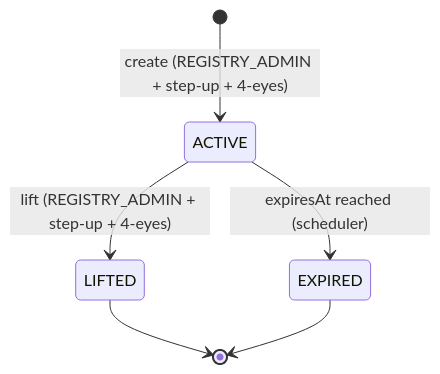
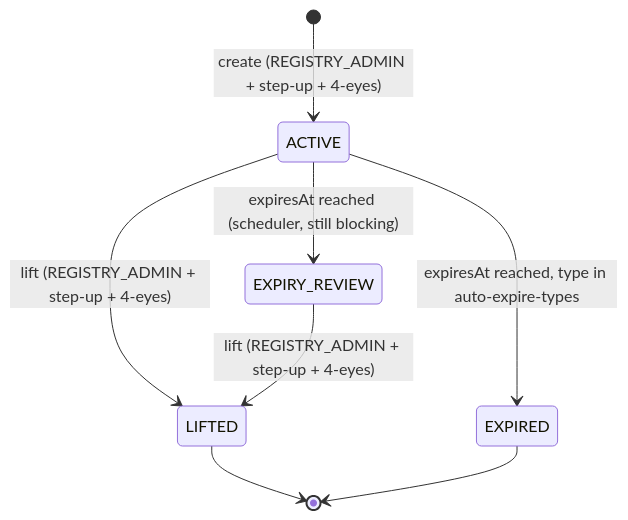
One commit to makibytes/registerwerk changed the diagram in docs/compliance/sperrvermerk.de.md. Above: the diagram before and after it, drawn with Mermaid. The commit also changed other lines of this file and 513 other files, not shown here.

````diff
--- a/docs/compliance/sperrvermerk.de.md
+++ b/docs/compliance/sperrvermerk.de.md
@@ -60,8 +60,10 @@
 ```mermaid
 stateDiagram-v2
     [*] --> ACTIVE : create (REGISTRY_ADMIN + step-up + 4-eyes)
     ACTIVE --> LIFTED : lift (REGISTRY_ADMIN + step-up + 4-eyes)
-    ACTIVE --> EXPIRED : expiresAt reached (scheduler)
+    ACTIVE --> EXPIRY_REVIEW : expiresAt reached (scheduler, still blocking)
+    EXPIRY_REVIEW --> LIFTED : lift (REGISTRY_ADMIN + step-up + 4-eyes)
+    ACTIVE --> EXPIRED : expiresAt reached, type in auto-expire-types
     LIFTED --> [*]
     EXPIRED --> [*]
 ```
````
